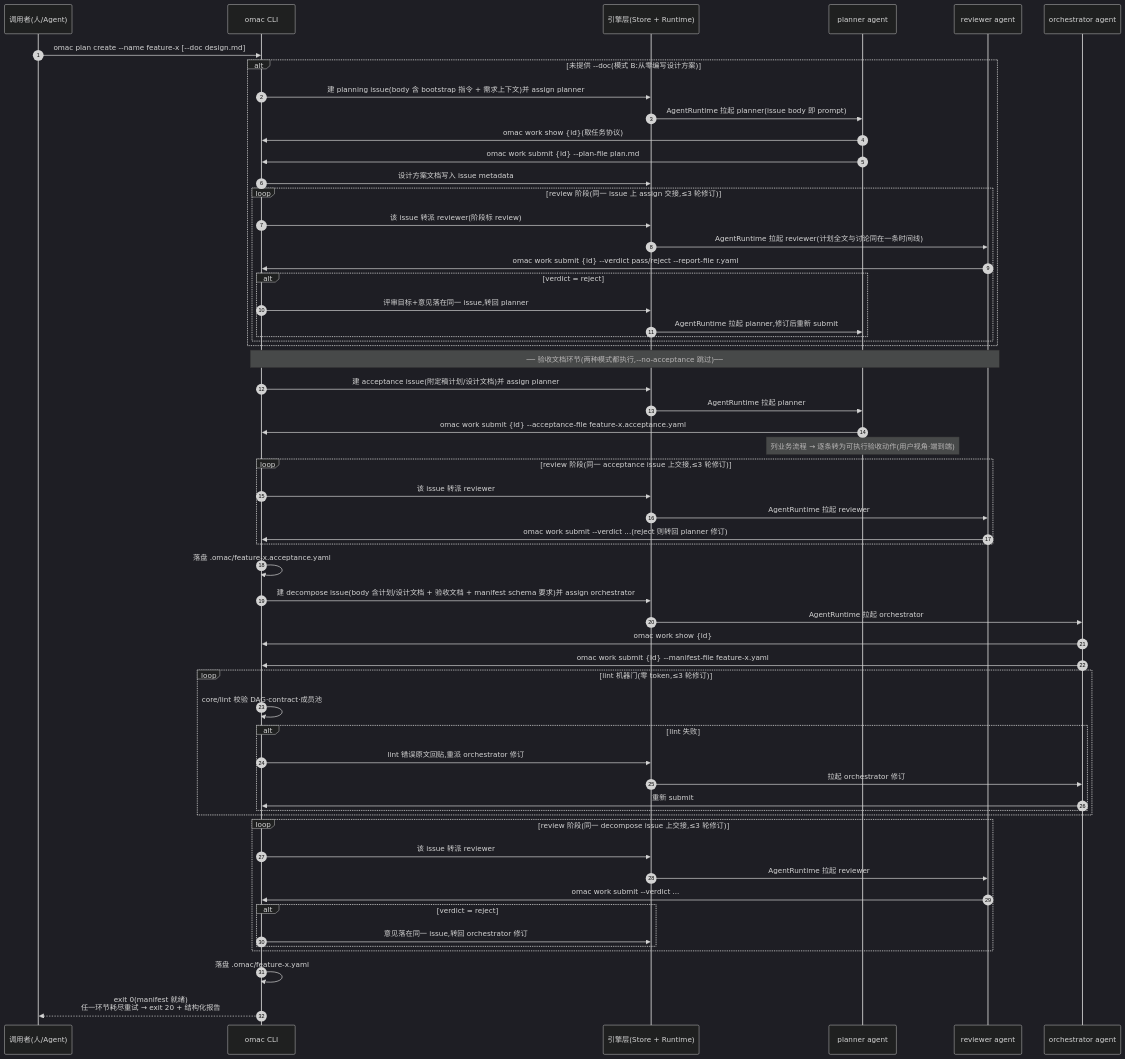
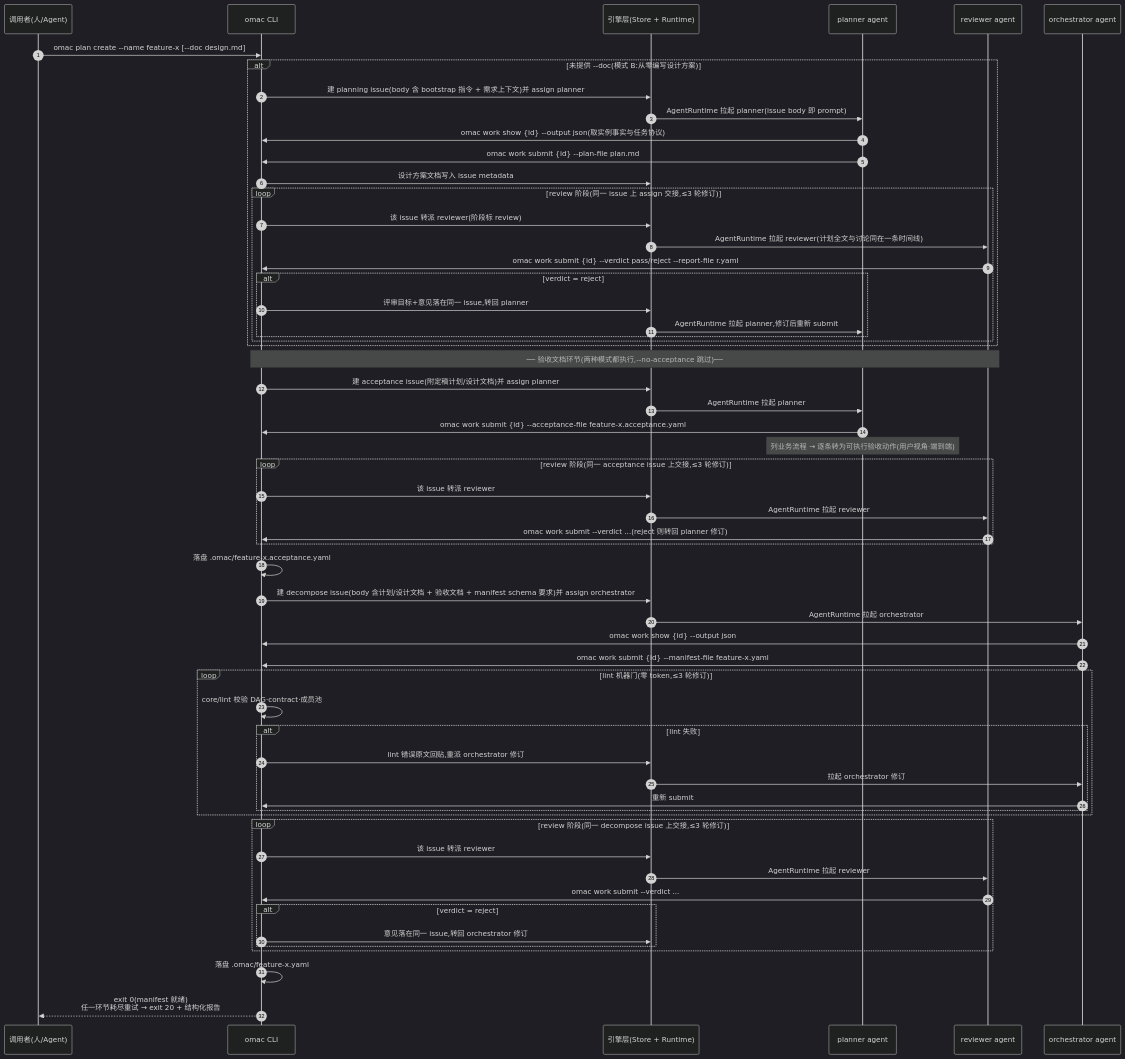
The third of 7 diagrams in docs/omac-cli-design.md (xiaohei-info/oh-my-multica), drawn with Mermaid (dark theme) before and after one commit. The commit also changed other lines of this file and 38 other files, not shown here.

````diff
--- a/docs/omac-cli-design.md
+++ b/docs/omac-cli-design.md
@@ -288,67 +289,67 @@
 ```mermaid
 sequenceDiagram
     autonumber
     participant U as 调用者(人/Agent)
     participant C as omac CLI
     participant M as 引擎层(Store + Runtime)
     participant P as planner agent
     participant R as reviewer agent
     participant O as orchestrator agent
 
     U->>C: omac plan create --name feature-x [--doc design.md]
 
     alt 未提供 --doc(模式 B:从零编写设计方案)
         C->>M: 建 planning issue(body 含 bootstrap 指令 + 需求上下文)并 assign planner
         M->>P: AgentRuntime 拉起 planner(issue body 即 prompt)
-        P->>C: omac work show {id}(取任务协议)
+        P->>C: omac work show {id} --output json(取实例事实与任务协议)
         P->>C: omac work submit {id} --plan-file plan.md
         C->>M: 设计方案文档写入 issue metadata
         loop review 阶段(同一 issue 上 assign 交接,≤3 轮修订)
             C->>M: 该 issue 转派 reviewer(阶段标 review)
             M->>R: AgentRuntime 拉起 reviewer(计划全文与讨论同在一条时间线)
             R->>C: omac work submit {id} --verdict pass/reject --report-file r.yaml
             alt verdict = reject
                 C->>M: 评审目标+意见落在同一 issue,转回 planner
                 M->>P: AgentRuntime 拉起 planner,修订后重新 submit
             end
         end
     end
 
     Note over C,R: ── 验收文档环节(两种模式都执行,--no-acceptance 跳过)──
     C->>M: 建 acceptance issue(附定稿计划/设计文档)并 assign planner
     M->>P: AgentRuntime 拉起 planner
     P->>C: omac work submit {id} --acceptance-file feature-x.acceptance.yaml
     Note over P: 列业务流程 → 逐条转为可执行验收动作(用户视角·端到端)
     loop review 阶段(同一 acceptance issue 上交接,≤3 轮修订)
         C->>M: 该 issue 转派 reviewer
         M->>R: AgentRuntime 拉起 reviewer
         R->>C: omac work submit --verdict ...(reject 则转回 planner 修订)
     end
     C->>C: 落盘 .omac/feature-x.acceptance.yaml
 
     C->>M: 建 decompose issue(body 含计划/设计文档 + 验收文档 + manifest schema 要求)并 assign orchestrator
     M->>O: AgentRuntime 拉起 orchestrator
-    O->>C: omac work show {id}
+    O->>C: omac work show {id} --output json
     O->>C: omac work submit {id} --manifest-file feature-x.yaml
 
     loop lint 机器门(零 token,≤3 轮修订)
         C->>C: core/lint 校验 DAG·contract·成员池
         alt lint 失败
             C->>M: lint 错误原文回贴,重派 orchestrator 修订
             M->>O: 拉起 orchestrator 修订
             O->>C: 重新 submit
         end
     end
 
     loop review 阶段(同一 decompose issue 上交接,≤3 轮修订)
         C->>M: 该 issue 转派 reviewer
         M->>R: AgentRuntime 拉起 reviewer
         R->>C: omac work submit --verdict ...
         alt verdict = reject
             C->>M: 意见落在同一 issue,转回 orchestrator 修订
         end
     end
 
     C->>C: 落盘 .omac/feature-x.yaml
     C-->>U: exit 0(manifest 就绪)<br/>任一环节耗尽重试 → exit 20 + 结构化报告
 ```
````
